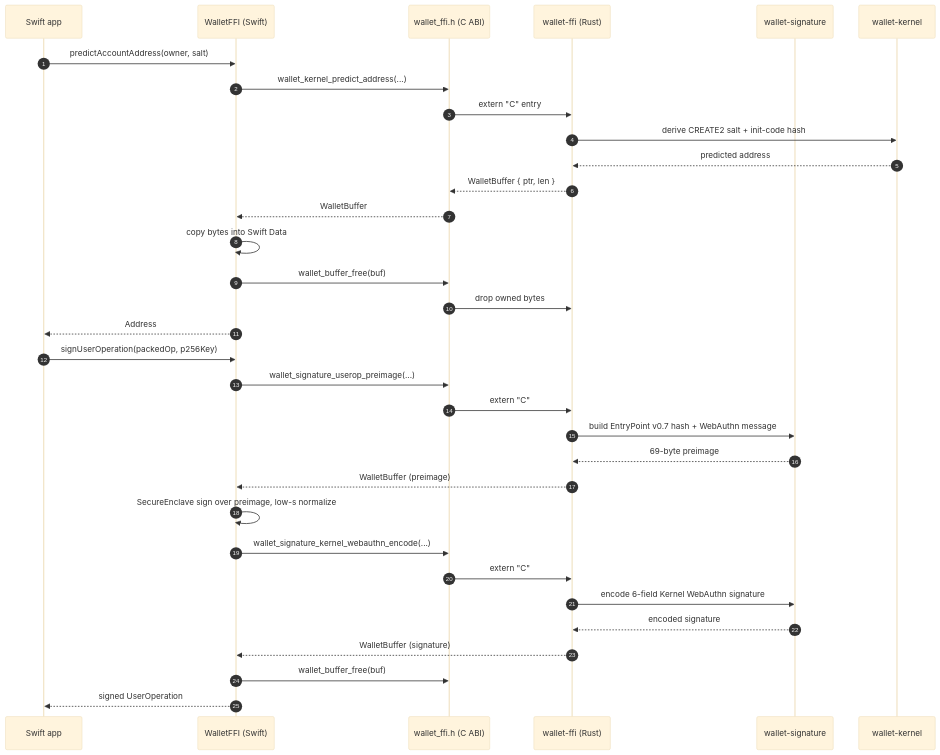
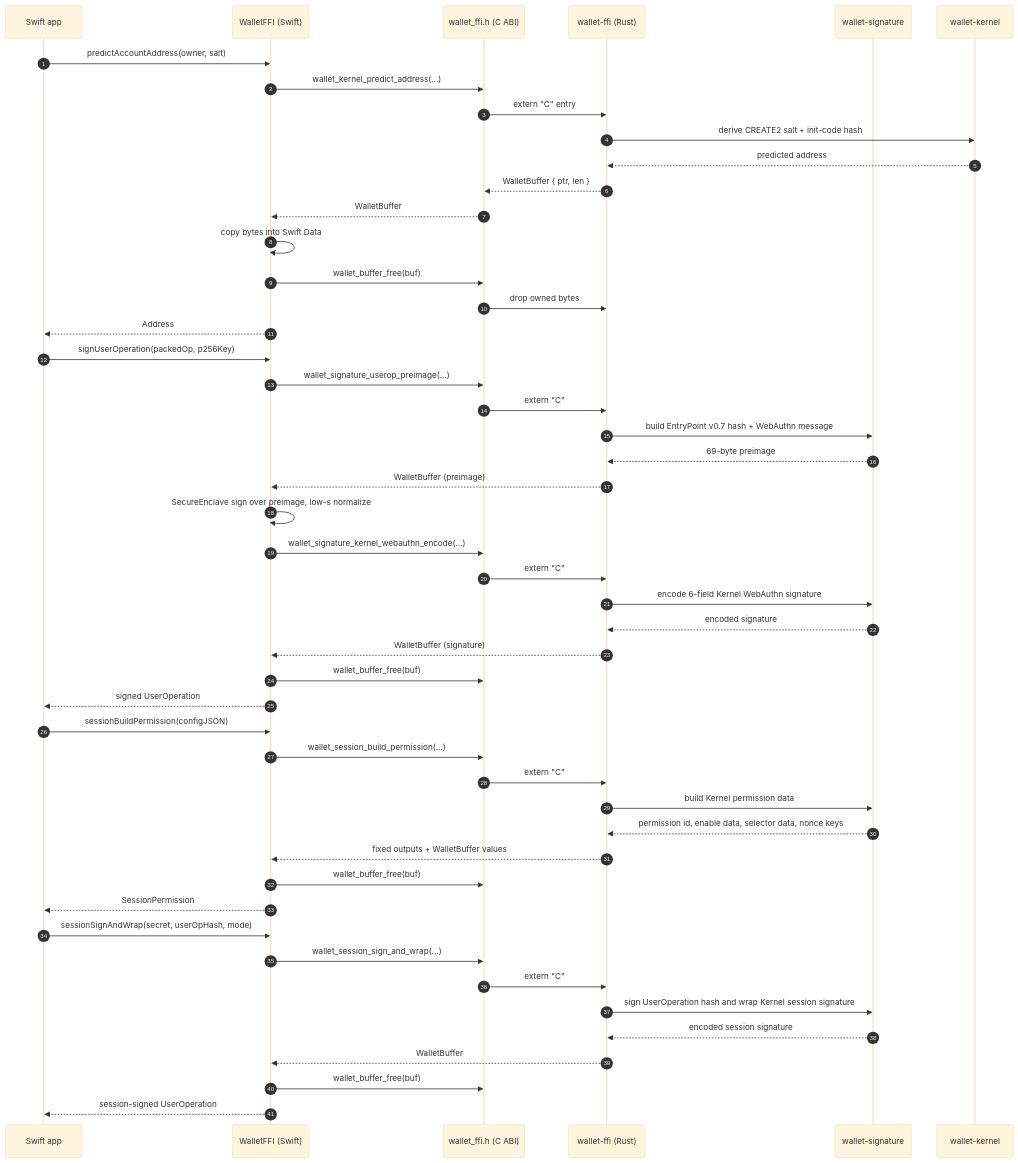
One commit to Ethereum-dAI/local-wallet-mac changed the diagram in swift-bridge/README.md. Above: the diagram before and after it, drawn with Mermaid (base theme). The commit also changed other lines of this file and 5 other files, not shown here.

````diff
--- a/swift-bridge/README.md
+++ b/swift-bridge/README.md
@@ -56,37 +57,55 @@
 ```mermaid
 sequenceDiagram
     autonumber
     participant App as Swift app
     participant Bridge as WalletFFI (Swift)
     participant Hdr as wallet_ffi.h (C ABI)
     participant FFI as wallet-ffi (Rust)
     participant Sig as wallet-signature
     participant Krn as wallet-kernel
 
     App->>Bridge: predictAccountAddress(owner, salt)
     Bridge->>Hdr: wallet_kernel_predict_address(...)
     Hdr->>FFI: extern "C" entry
     FFI->>Krn: derive CREATE2 salt + init-code hash
     Krn-->>FFI: predicted address
     FFI-->>Hdr: WalletBuffer { ptr, len }
     Hdr-->>Bridge: WalletBuffer
     Bridge->>Bridge: copy bytes into Swift Data
     Bridge->>Hdr: wallet_buffer_free(buf)
     Hdr->>FFI: drop owned bytes
     Bridge-->>App: Address
 
     App->>Bridge: signUserOperation(packedOp, p256Key)
     Bridge->>Hdr: wallet_signature_userop_preimage(...)
     Hdr->>FFI: extern "C"
     FFI->>Sig: build EntryPoint v0.7 hash + WebAuthn message
     Sig-->>FFI: 69-byte preimage
     FFI-->>Bridge: WalletBuffer (preimage)
     Bridge->>Bridge: SecureEnclave sign over preimage, low-s normalize
     Bridge->>Hdr: wallet_signature_kernel_webauthn_encode(...)
     Hdr->>FFI: extern "C"
     FFI->>Sig: encode 6-field Kernel WebAuthn signature
     Sig-->>FFI: encoded signature
     FFI-->>Bridge: WalletBuffer (signature)
     Bridge->>Hdr: wallet_buffer_free(buf)
     Bridge-->>App: signed UserOperation
+
+    App->>Bridge: sessionBuildPermission(configJSON)
+    Bridge->>Hdr: wallet_session_build_permission(...)
+    Hdr->>FFI: extern "C"
+    FFI->>Sig: build Kernel permission data
+    Sig-->>FFI: permission id, enable data, selector data, nonce keys
+    FFI-->>Bridge: fixed outputs + WalletBuffer values
+    Bridge->>Hdr: wallet_buffer_free(buf)
+    Bridge-->>App: SessionPermission
+
+    App->>Bridge: sessionSignAndWrap(secret, userOpHash, mode)
+    Bridge->>Hdr: wallet_session_sign_and_wrap(...)
+    Hdr->>FFI: extern "C"
+    FFI->>Sig: sign UserOperation hash and wrap Kernel session signature
+    Sig-->>FFI: encoded session signature
+    FFI-->>Bridge: WalletBuffer
+    Bridge->>Hdr: wallet_buffer_free(buf)
+    Bridge-->>App: session-signed UserOperation
 ```
````
